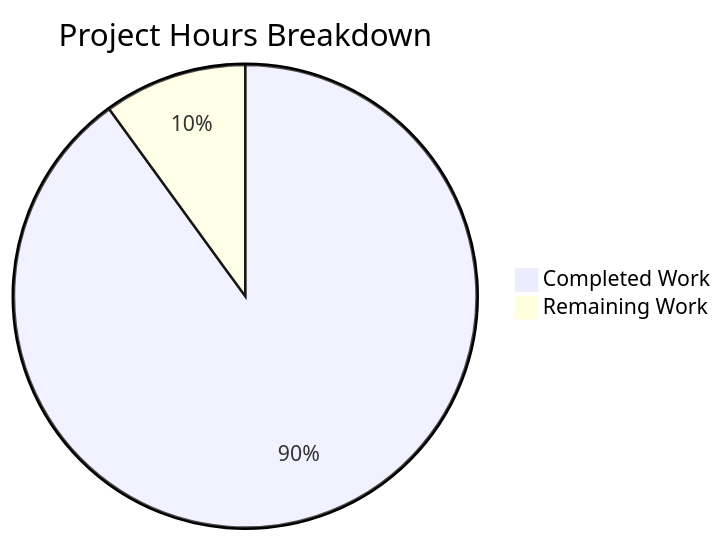
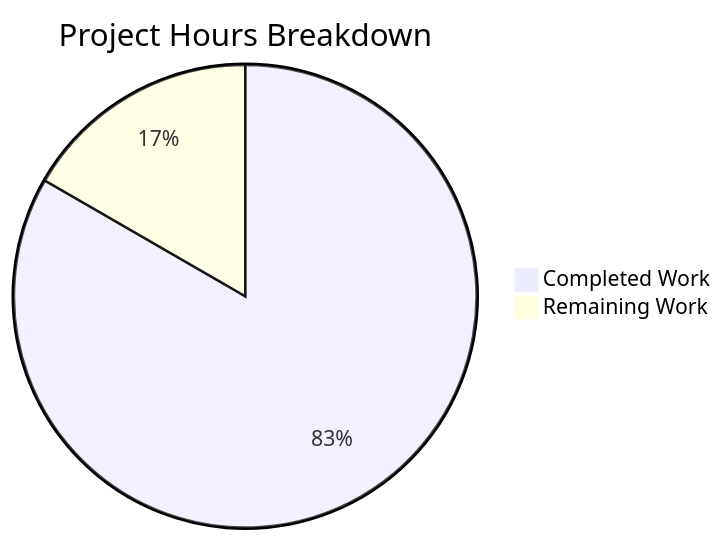
Before and after one commit to sudhanshu-spec/test-spec: the second of 2 diagrams in blitzy/documentation/Project Guide.md, drawn with Mermaid. The commit also changed other lines of this file, not shown here.

Commit message:
Adding Blitzy Project Guide: Project Status and Human Tasks Remaining

````diff
--- a/blitzy/documentation/Project Guide.md
+++ b/blitzy/documentation/Project Guide.md
@@ -92,5 +194,5 @@
 ```mermaid
 pie title Project Hours Breakdown
-    "Completed Work" : 18
-    "Remaining Work" : 2
+    "Completed Work" : 25
+    "Remaining Work" : 5
 ```
````
